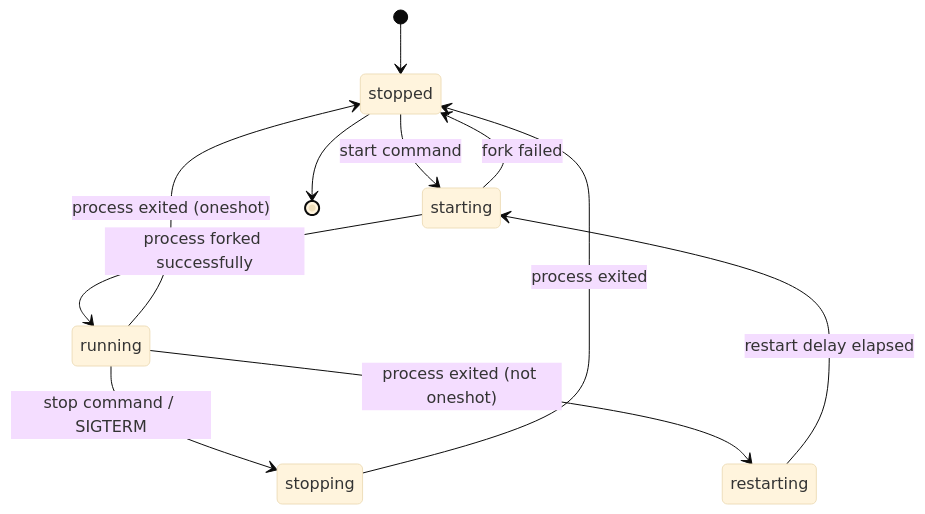
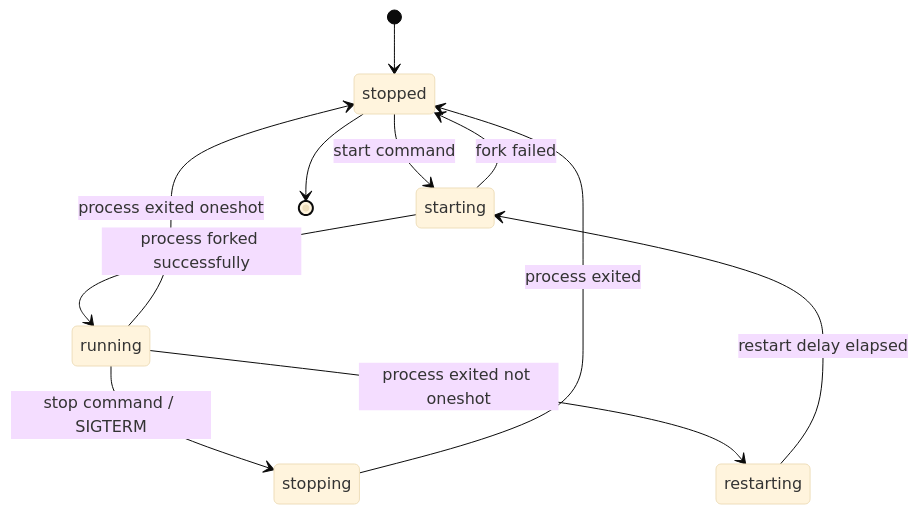
One commit to fwrite0920/aosp-internal-book changed diagram 12 of 15 in 04-boot-and-init.md. Above: the diagram before and after it, drawn with Mermaid (base theme). The commit also changed 4 other files, not shown here.

First line of the commit message:
Fix Mermaid diagrams and formatting in Parts I-II (chapters 1-5)

````diff
--- a/04-boot-and-init.md
+++ b/04-boot-and-init.md
@@ -2460,13 +2460,13 @@
 ```mermaid
 stateDiagram-v2
     [*] --> stopped
     stopped --> starting : start command
     starting --> running : process forked successfully
     starting --> stopped : fork failed
     running --> stopping : stop command / SIGTERM
-    running --> restarting : process exited (not oneshot)
-    running --> stopped : process exited (oneshot)
+    running --> restarting : process exited not oneshot
+    running --> stopped : process exited oneshot
     stopping --> stopped : process exited
     restarting --> starting : restart delay elapsed
     stopped --> [*]
 ```
````
